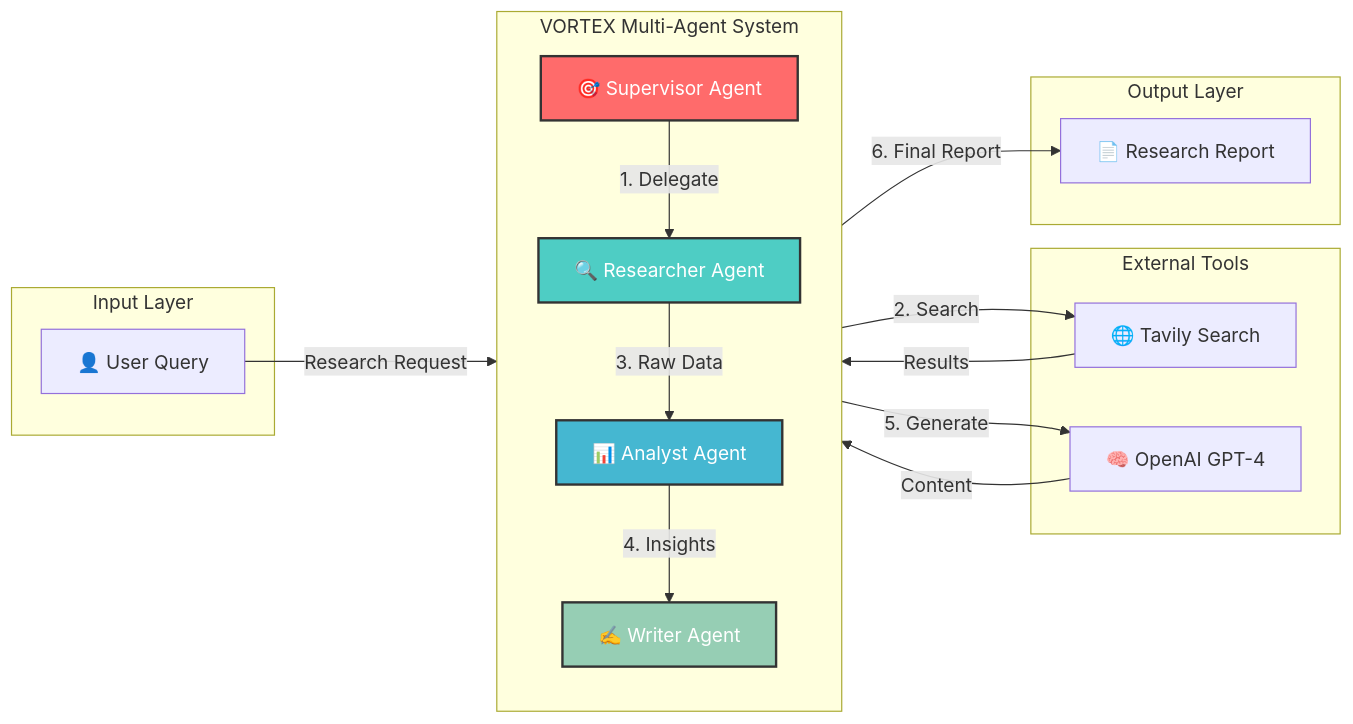
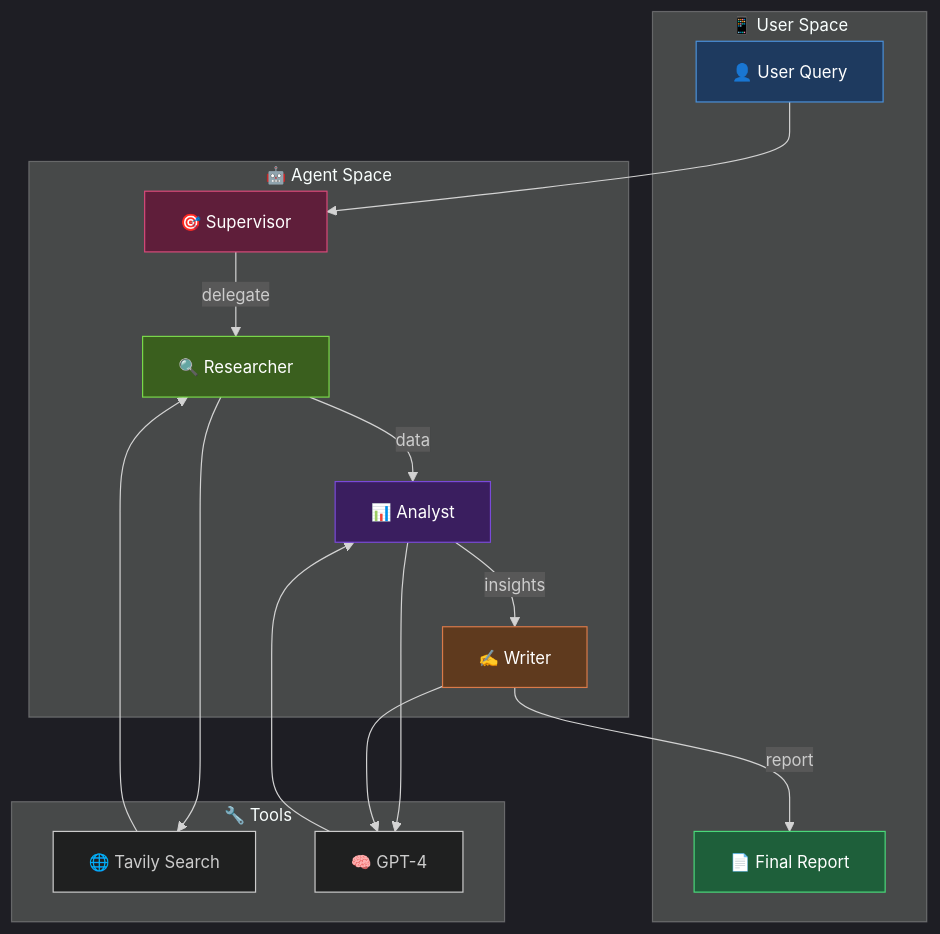
One commit to DaviBonetto/VORTEX-L4-Deep-Research-Agent changed the diagram in README.md. Above: the diagram before and after it, drawn with Mermaid. The commit also changed other lines of this file, not shown here.

Commit message:
fix(docs): improve Mermaid diagram layout with TD flowchart

````diff
--- a/README.md
+++ b/README.md
@@ -34,43 +29,38 @@
 ```mermaid
-flowchart LR
-    subgraph Input ["Input Layer"]
+%%{init: {'theme': 'dark', 'themeVariables': { 'fontSize': '14px'}}}%%
+flowchart TD
+    subgraph UserSpace ["📱 User Space"]
         A["👤 User Query"]
+        H["📄 Final Report"]
     end
 
-    subgraph VORTEX ["VORTEX Multi-Agent System"]
-        direction TB
-        B["🎯 Supervisor Agent"]
-        C["🔍 Researcher Agent"]
-        D["📊 Analyst Agent"]
-        E["✍️ Writer Agent"]
+    subgraph AgentSpace ["🤖 Agent Space"]
+        B["🎯 Supervisor"]
+        C["🔍 Researcher"]
+        D["📊 Analyst"]
+        E["✍️ Writer"]
     end
 
-    subgraph Tools ["External Tools"]
+    subgraph ToolSpace ["🔧 Tools"]
         F["🌐 Tavily Search"]
-        G["🧠 OpenAI GPT-4"]
+        G["🧠 GPT-4"]
     end
 
-    subgraph Output ["Output Layer"]
-        H["📄 Research Report"]
-    end
+    A --> B
+    B -->|delegate| C
+    C --> F
+    F --> C
+    C -->|data| D
+    D --> G
+    G --> D
+    D -->|insights| E
+    E --> G
+    E -->|report| H
 
-    A -->|"Research Request"| B
-    B -->|"1. Delegate"| C
-    C -->|"2. Search"| F
-    F -->|"Results"| C
-    C -->|"3. Raw Data"| D
-    D -->|"4. Insights"| E
-    E -->|"5. Generate"| G
-    G -->|"Content"| E
-    E -->|"6. Final Report"| H
-
-    classDef supervisor fill:#ff6b6b,stroke:#333,stroke-width:2px,color:white;
-    classDef researcher fill:#4ecdc4,stroke:#333,stroke-width:2px,color:white;
-    classDef analyst fill:#45b7d1,stroke:#333,stroke-width:2px,color:white;
-    classDef writer fill:#96ceb4,stroke:#333,stroke-width:2px,color:white;
-    
-    class B supervisor;
-    class C researcher;
-    class D analyst;
-    class E writer;
+    style A fill:#1e3a5f,stroke:#4a90d9,color:#fff
+    style H fill:#1e5f3a,stroke:#4ad97a,color:#fff
+    style B fill:#5f1e3a,stroke:#d94a7a,color:#fff
+    style C fill:#3a5f1e,stroke:#7ad94a,color:#fff
+    style D fill:#3a1e5f,stroke:#7a4ad9,color:#fff
+    style E fill:#5f3a1e,stroke:#d97a4a,color:#fff
 ```
````
